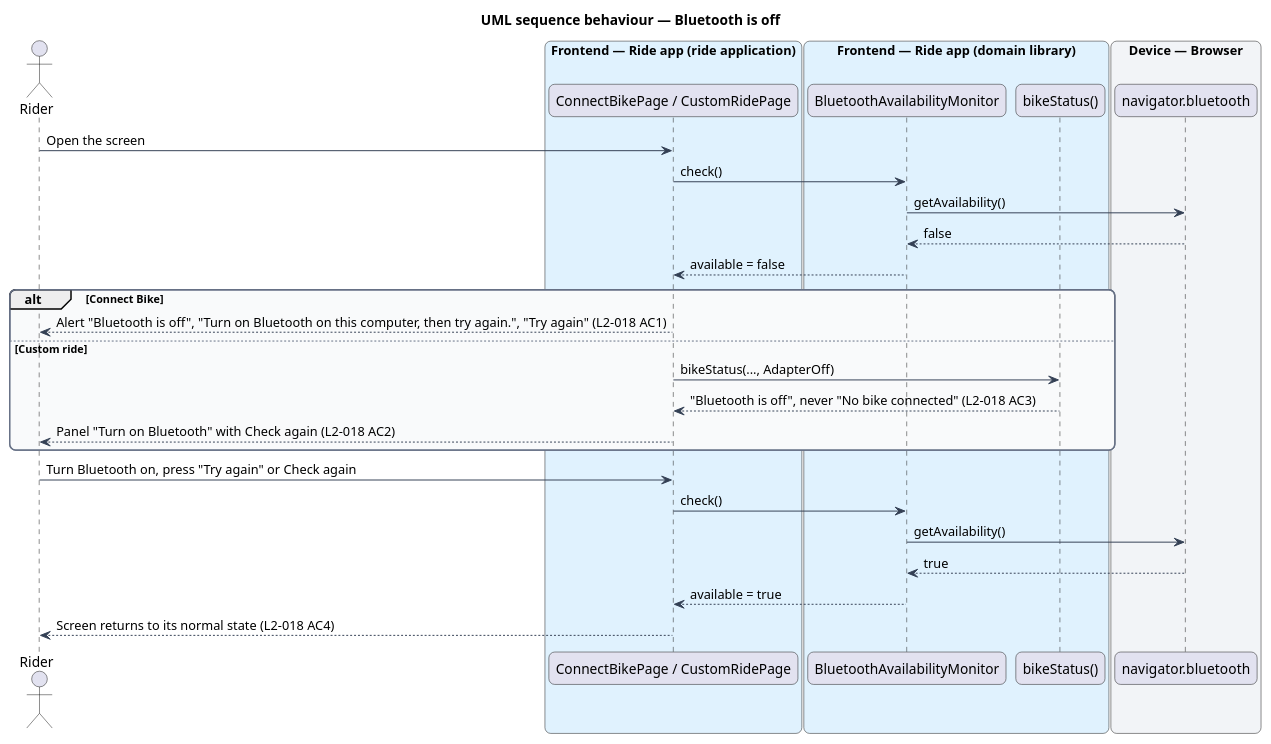
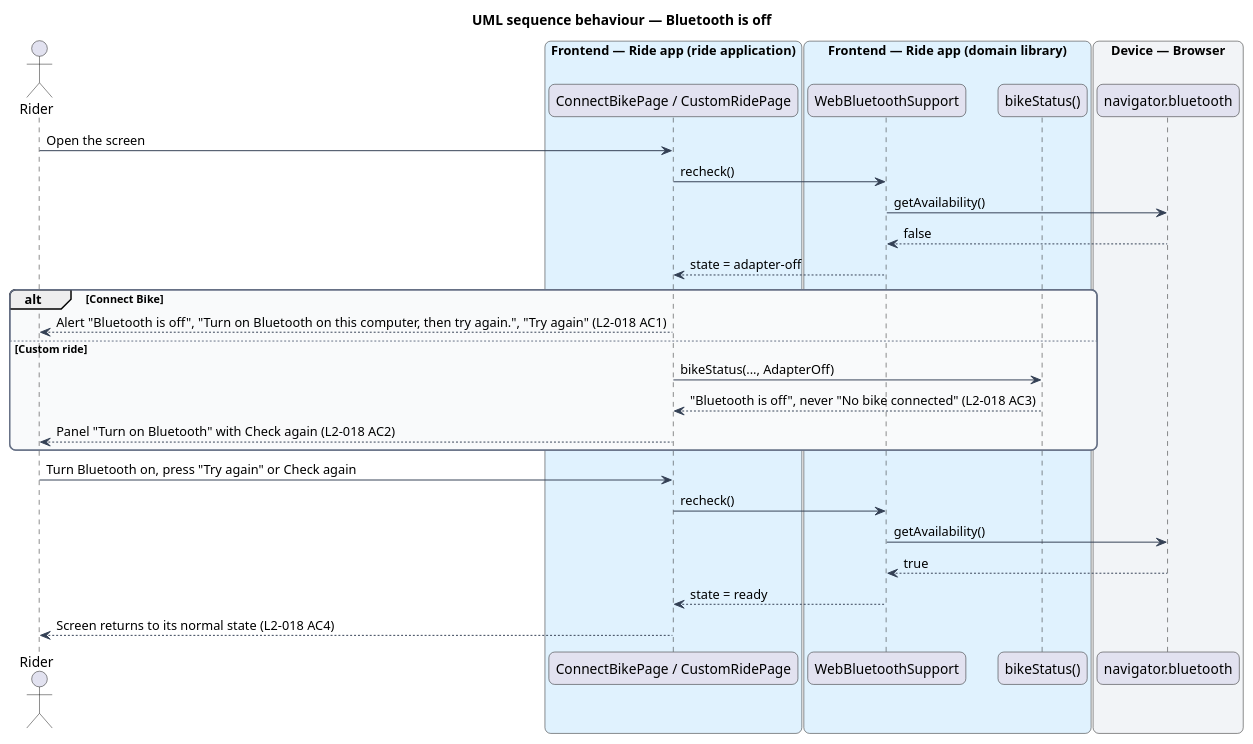
Before and after one commit to QuinntyneBrown/ride-one: the diagram in docs/detailed-designs/bike/keep-the-bike-connected/diagrams/sequence-bluetooth-off.puml, drawn with PlantUML. The commit also changed 10 other files, not shown here.

```diff
--- a/docs/detailed-designs/bike/keep-the-bike-connected/diagrams/sequence-bluetooth-off.puml
+++ b/docs/detailed-designs/bike/keep-the-bike-connected/diagrams/sequence-bluetooth-off.puml
@@ -1,46 +1,46 @@
 @startuml
 title UML sequence behaviour — Bluetooth is off
 skinparam backgroundColor #FFFFFF
 skinparam shadowing false
 skinparam roundcorner 12
 skinparam defaultFontName Arial
 skinparam ArrowColor #344054
 skinparam rectangle {
   BorderColor #344054
   FontColor #101828
 }
 skinparam package {
   BorderColor #667085
   FontColor #101828
   BackgroundColor #F9FAFB
 }
 actor "Rider" as actor
 box "Frontend — Ride app (ride application)" #E0F2FE
   participant "ConnectBikePage / CustomRidePage" as page
 end box
 box "Frontend — Ride app (domain library)" #E0F2FE
-  participant "BluetoothAvailabilityMonitor" as avail
+  participant "WebBluetoothSupport" as avail
   participant "bikeStatus()" as status
 end box
 box "Device — Browser" #F2F4F7
   participant "navigator.bluetooth" as bt
 end box
 actor -> page : Open the screen
-page -> avail : check()
+page -> avail : recheck()
 avail -> bt : getAvailability()
 bt --> avail : false
-avail --> page : available = false
+avail --> page : state = adapter-off
 alt Connect Bike
   page --> actor : Alert "Bluetooth is off", "Turn on Bluetooth on this computer, then try again.", "Try again" (L2-018 AC1)
 else Custom ride
   page -> status : bikeStatus(..., AdapterOff)
   status --> page : "Bluetooth is off", never "No bike connected" (L2-018 AC3)
   page --> actor : Panel "Turn on Bluetooth" with Check again (L2-018 AC2)
 end
 actor -> page : Turn Bluetooth on, press "Try again" or Check again
-page -> avail : check()
+page -> avail : recheck()
 avail -> bt : getAvailability()
 bt --> avail : true
-avail --> page : available = true
+avail --> page : state = ready
 page --> actor : Screen returns to its normal state (L2-018 AC4)
 @enduml
```
